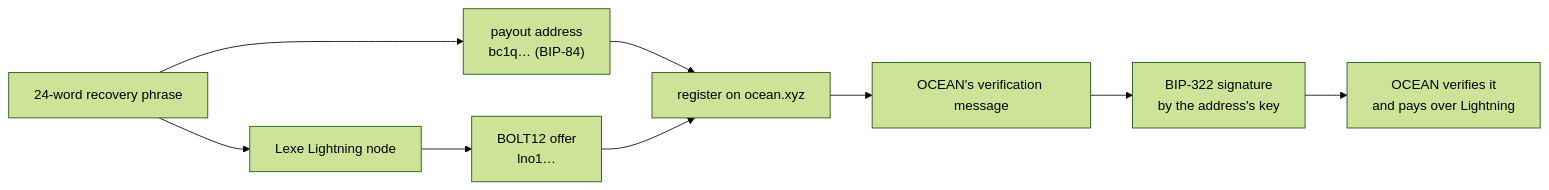
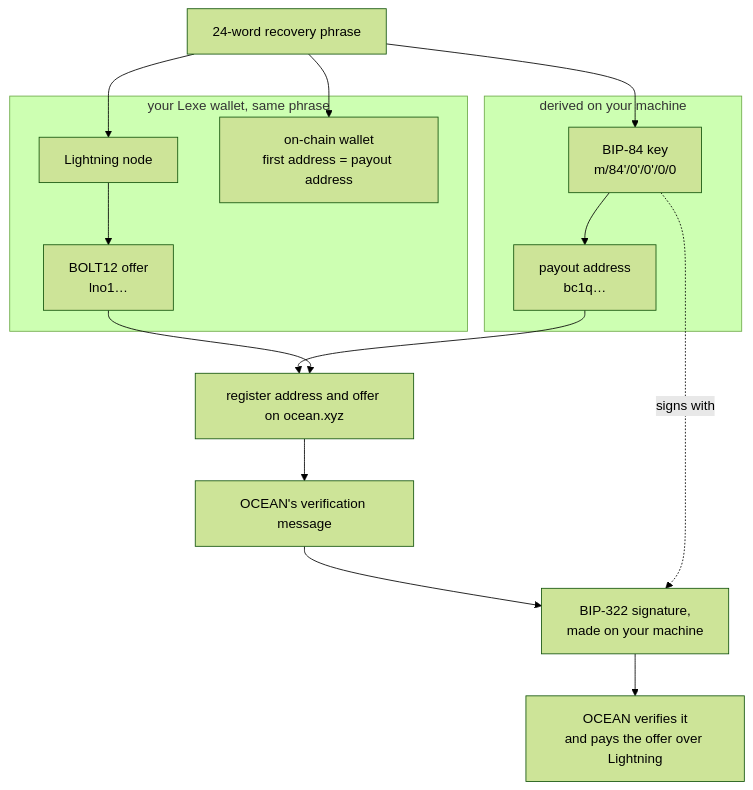
The diagram in README.md (vincenzopalazzo/landfall), drawn with Mermaid (forest theme) before and after one commit. The commit also changed other lines of this file, not shown here.

Commit message:
docs(readme): show that the payout address and the Lexe wallet share one key
The diagram drew the payout address and the Lexe node as two separate
branches off the phrase, which reads as two unrelated wallets. They are
one: Landfall derives the payout key at m/84'/0'/0'/0/0 from the
standard BIP39 seed, and Lexe derives its on-chain wallet the same way
(BIP39 seed, `wpkh(.../84'/0'/0'/<0;1>/*)` for wallets created after
Lexe node v0.9.1), so the payout address is that wallet's first receive
address.

Redraw it top-down: the phrase feeds a key derived on your machine and
your Lexe wallet (Lightning node and on-chain wallet, "first address =
payout address"), and the BIP-322 signature is visibly made with the
local key. The story text now says why the key is derived locally (the
Lexe SDK cannot sign a message) and names the pre-v0.9.1 exception.

````diff
--- a/README.md
+++ b/README.md
@@ -66,10 +70,23 @@
 ```mermaid
-flowchart LR
-  P["24-word recovery phrase"] --> A["payout address<br/>bc1q… (BIP-84)"]
-  P --> N["Lexe Lightning node"] --> O["BOLT12 offer<br/>lno1…"]
-  A --> R["register on ocean.xyz"]
+flowchart TD
+  P["24-word recovery phrase"]
+
+  subgraph device["derived on your machine"]
+    K["BIP-84 key<br/>m/84'/0'/0'/0/0"] --> A["payout address<br/>bc1q…"]
+  end
+
+  subgraph lexe["your Lexe wallet, same phrase"]
+    N["Lightning node"] --> O["BOLT12 offer<br/>lno1…"]
+    W["on-chain wallet<br/>first address = payout address"]
+  end
+
+  P --> K
+  P --> N
+  P --> W
+  A --> R["register address and offer on ocean.xyz"]
   O --> R
   R --> M["OCEAN's verification message"]
-  M --> S["BIP-322 signature<br/>by the address's key"]
-  S --> V["OCEAN verifies it<br/>and pays over Lightning"]
+  M --> S["BIP-322 signature,<br/>made on your machine"]
+  K -. "signs with" .-> S
+  S --> V["OCEAN verifies it<br/>and pays the offer over Lightning"]
 ```
````
